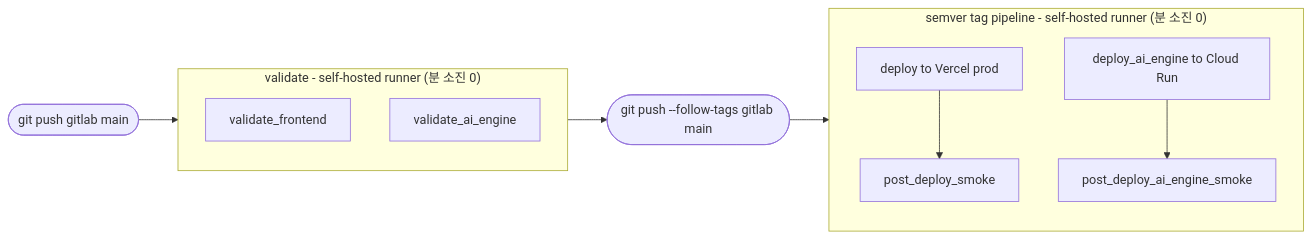
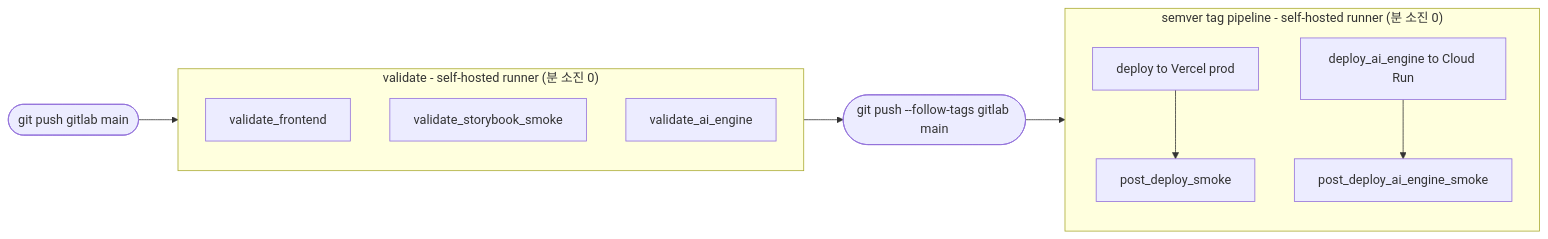
The diagram in docs/development/ci-cd.md (skyasu2/openmanager-ai), drawn with Mermaid before and after one commit. The commit also changed other lines of this file and 8 other files, not shown here.

Commit message:
docs(storybook): document smoke guardrail and local QA blocker

````diff
--- a/docs/development/ci-cd.md
+++ b/docs/development/ci-cd.md
@@ -30,21 +30,22 @@
 ```mermaid
 flowchart LR
     mainpush([git push gitlab main]) --> validate
     release([git push --follow-tags gitlab main]) --> tagpipeline
 
     subgraph validate["validate - self-hosted runner (분 소진 0)"]
         vfe[validate_frontend]
+        vsb[validate_storybook_smoke]
         vai[validate_ai_engine]
     end
 
     subgraph tagpipeline["semver tag pipeline - self-hosted runner (분 소진 0)"]
         dep[deploy to Vercel prod]
         dai[deploy_ai_engine to Cloud Run]
         smkfe[post_deploy_smoke]
         smkai[post_deploy_ai_engine_smoke]
     end
 
     validate --> release
     dep --> smkfe
     dai --> smkai
 ```
````
